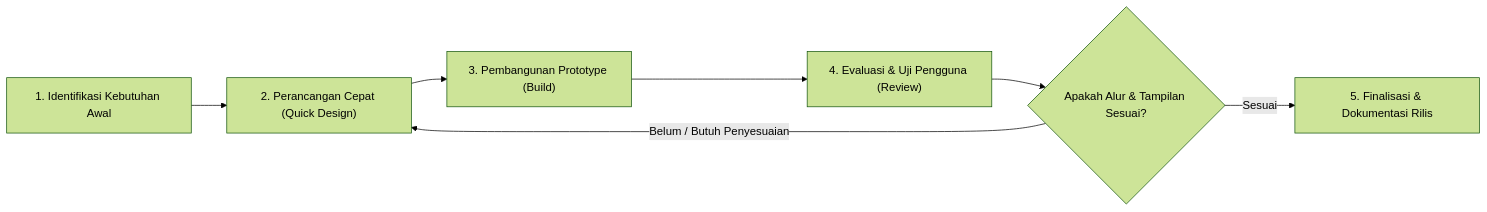
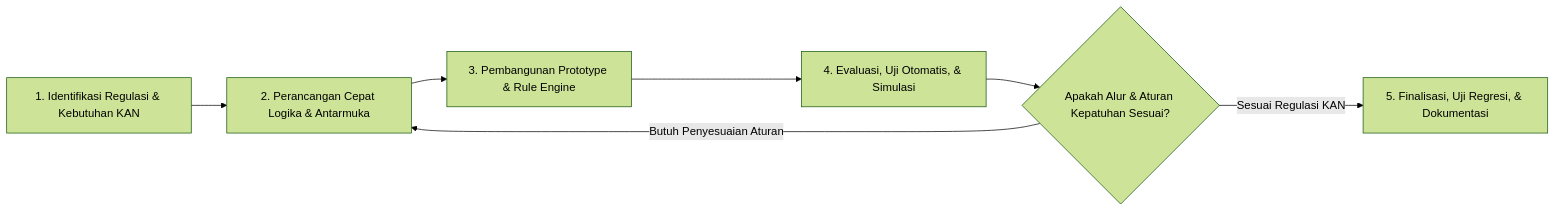
Before and after one commit to greedykid/prototype-magang: the diagram in docs/02-tahap-perencanaan.md, drawn with Mermaid (forest theme). The commit also changed other lines of this file and 95 other files, not shown here.

First line of the commit message:
feat: enforce KAN U-01 regulations, 3-stage surveillance tolerance lifecycle, and strict TP/VTP SLA engine

````diff
--- a/docs/02-tahap-perencanaan.md
+++ b/docs/02-tahap-perencanaan.md
@@ -9,9 +9,9 @@
 ```mermaid
 flowchart LR
-    A["1. Identifikasi Kebutuhan Awal"] --> B["2. Perancangan Cepat (Quick Design)"]
-    B --> C["3. Pembangunan Prototype (Build)"]
-    C --> D["4. Evaluasi & Uji Pengguna (Review)"]
-    D --> E{"Apakah Alur & Tampilan Sesuai?"}
-    E -- "Belum / Butuh Penyesuaian" --> B
-    E -- "Sesuai" --> F["5. Finalisasi & Dokumentasi Rilis"]
+    A["1. Identifikasi Regulasi & Kebutuhan KAN"] --> B["2. Perancangan Cepat Logika & Antarmuka"]
+    B --> C["3. Pembangunan Prototype & Rule Engine"]
+    C --> D["4. Evaluasi, Uji Otomatis, & Simulasi"]
+    D --> E{"Apakah Alur & Aturan Kepatuhan Sesuai?"}
+    E -- "Butuh Penyesuaian Aturan" --> B
+    E -- "Sesuai Regulasi KAN" --> F["5. Finalisasi, Uji Regresi, & Dokumentasi"]
 ```
````
